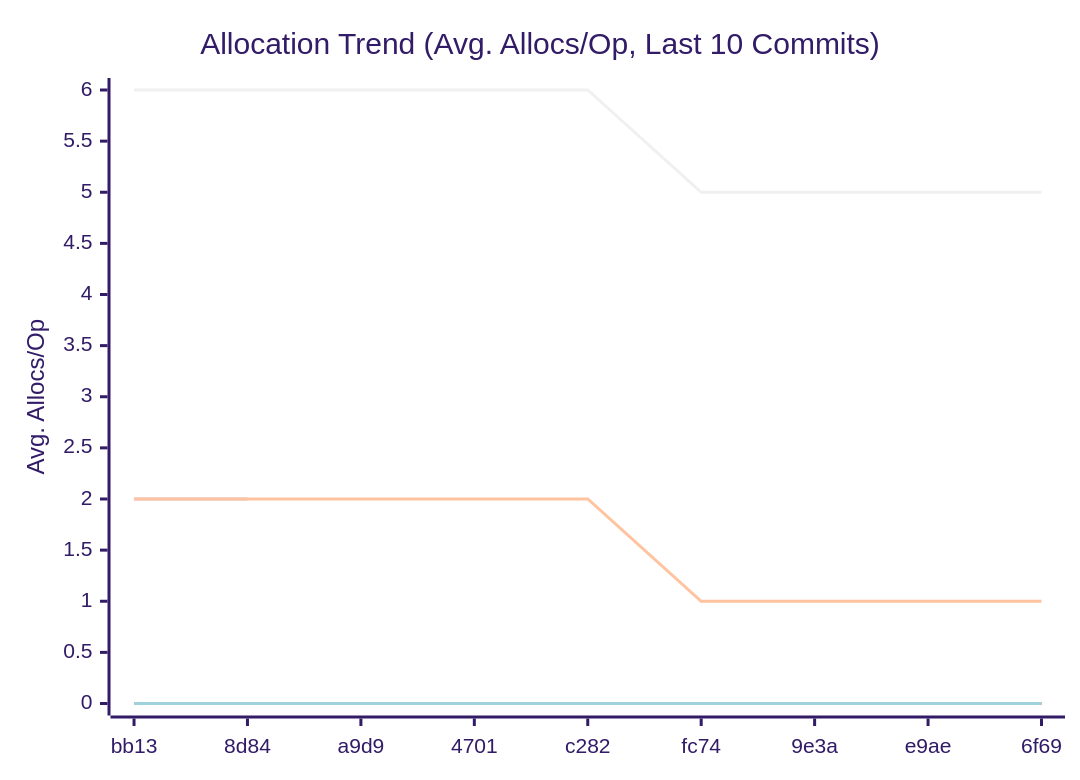
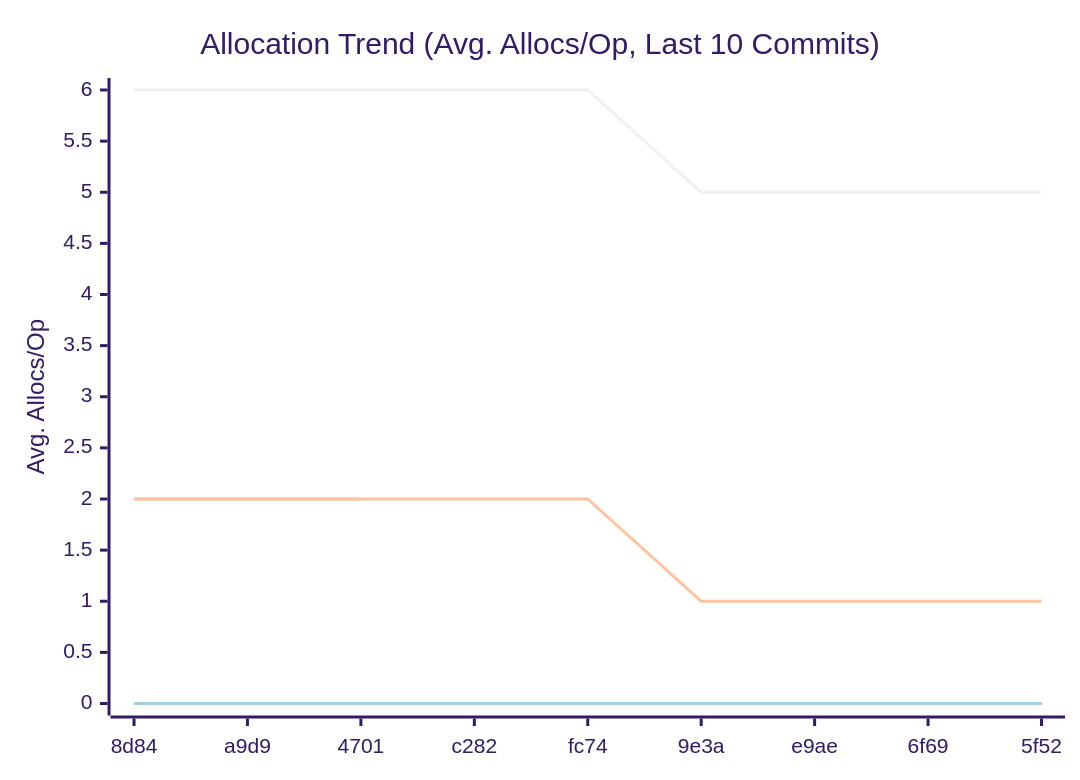
Before and after one commit to alsotoes/momo: the third of 3 diagrams in doc/README.md, drawn with Mermaid (forest theme). The commit also changed other lines of this file and 1 other file, not shown here.

````diff
--- a/doc/README.md
+++ b/doc/README.md
@@ -321,13 +321,13 @@
 ```mermaid
 xychart-beta
     title "Allocation Trend (Avg. Allocs/Op, Last 10 Commits)"
     x-axis "Commit"
     y-axis "Avg. Allocs/Op"
-    x-axis [bb13,8d84,a9d9,4701,c282,fc74,9e3a,e9ae,6f69]
+    x-axis [8d84,a9d9,4701,c282,fc74,9e3a,e9ae,6f69,5f52]
     line "CheckMetricsAndSwap" [0,0,0,0,0,0,0,0,0,0]
     line "IndexDirectTracking" [0,0,0,0,0,0,0,0,0,0]
     line "IndexSearch" [0,0,0,0,0,0,0,0,0,0]
-    line "PadString" [2,2]
+    line "PadString" [2,2,2]
     line "ParseReplicationOrder_NoPrealloc" [6,6,6,6,6,5,5,5,5,5]
     line "ParseReplicationOrder_Prealloc" [2,2,2,2,2,1,1,1,1,1]
 ```
````
